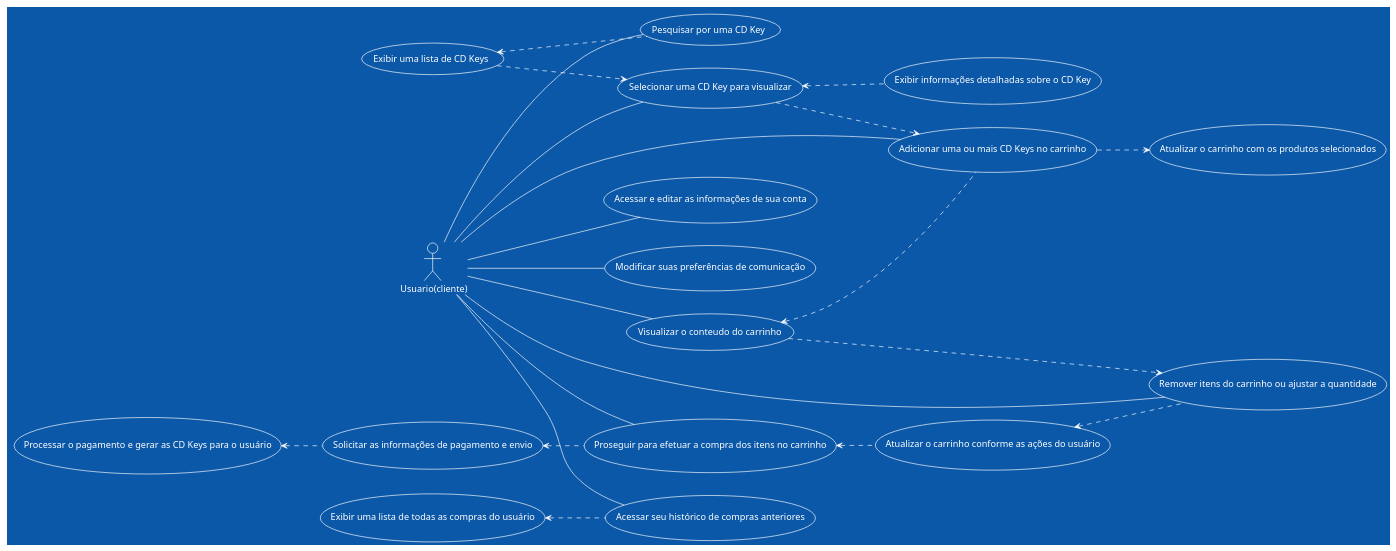
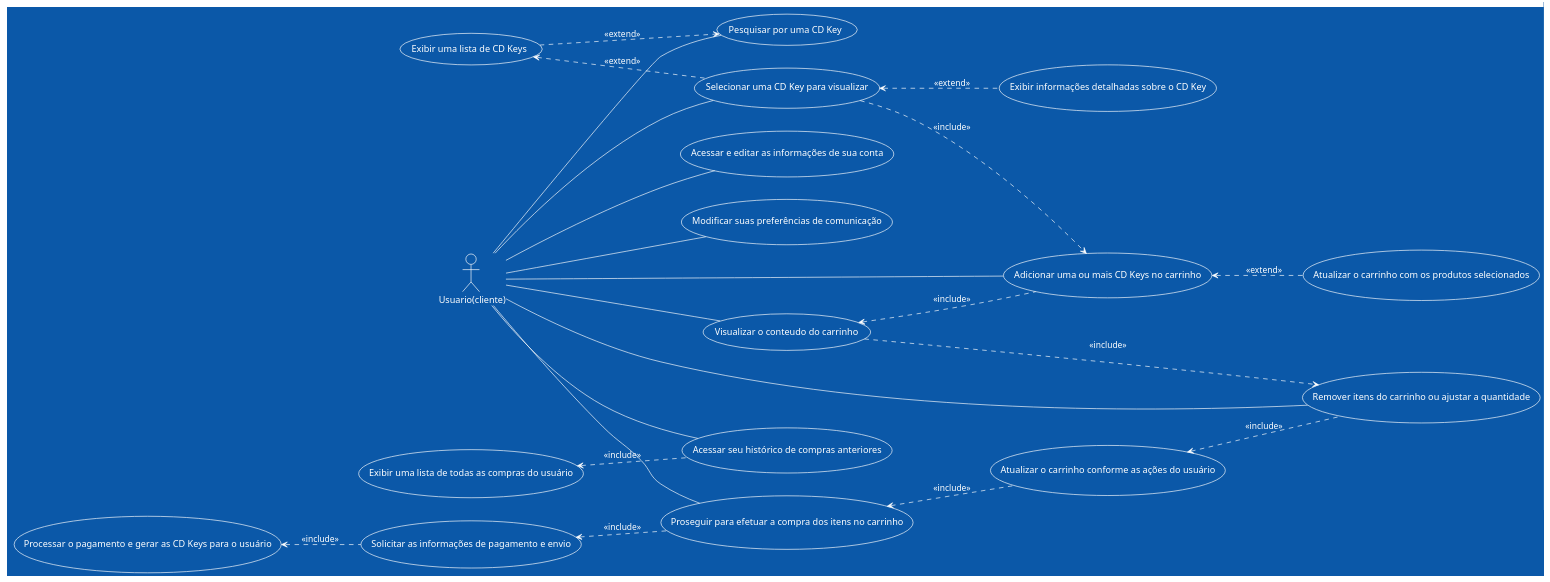
Before and after one commit to willzin454/AnaliseP.S.---plantUML: the diagram in Projeto.plantUML, drawn with PlantUML.

```diff
--- a/Projeto.plantUML
+++ b/Projeto.plantUML
@@ -1,48 +1,48 @@
 @startuml Project
 
     left to right direction
     !theme amiga
 
     : Usuario(cliente): as C1
 
     (Pesquisar por uma CD Key) as CU001
     (Exibir uma lista de CD Keys) as CU002
     (Selecionar uma CD Key para visualizar) as CU003
     (Exibir informações detalhadas sobre o CD Key) as CU004
     (Adicionar uma ou mais CD Keys no carrinho) as CU005
     (Atualizar o carrinho com os produtos selecionados) as CU006
     (Visualizar o conteudo do carrinho) as CU007
     (Remover itens do carrinho ou ajustar a quantidade) as CU008
     (Atualizar o carrinho conforme as ações do usuário) as CU009
     (Proseguir para efetuar a compra dos itens no carrinho) as CU010
     (Solicitar as informações de pagamento e envio) as CU011
     (Processar o pagamento e gerar as CD Keys para o usuário) as CU012
     (Acessar seu histórico de compras anteriores) as CU013
     (Exibir uma lista de todas as compras do usuário) as CU014
     (Acessar e editar as informações de sua conta) as CU015
     (Modificar suas preferências de comunicação) as CU016
 
     C1 -- CU001
     C1 -- CU003
     C1 -- CU005
     C1 -- CU007
     C1 -- CU008
     C1 -- CU010
     C1 -- CU013
     C1 -- CU015
     C1 -- CU016
     
-    CU002 <.. CU001
-    CU002 ..> CU003
-    CU003 <.. CU004
-    CU003 ..> CU005
-    CU005 ..> CU006
-    CU007 <.. CU005
-    CU007 ..> CU008
-    CU009 <.. CU008
-    CU010 <.. CU009
-    CU011 <.. CU010
-    CU012 <.. CU011
-    CU014 <.. CU013
+    CU002 ..> CU001 : <<extend>>
+    CU002 <.. CU003 : <<extend>>
+    CU003 <.. CU004 : <<extend>>
+    CU003 ..> CU005 : <<include>>
+    CU005 <.. CU006 : <<extend>>
+    CU007 <.. CU005 : <<include>>
+    CU007 ..> CU008 : <<include>>
+    CU009 <.. CU008 : <<include>>
+    CU010 <.. CU009 : <<include>>
+    CU011 <.. CU010 : <<include>>
+    CU012 <.. CU011 : <<include>>
+    CU014 <.. CU013 : <<include>>
 
 @enduml
```
